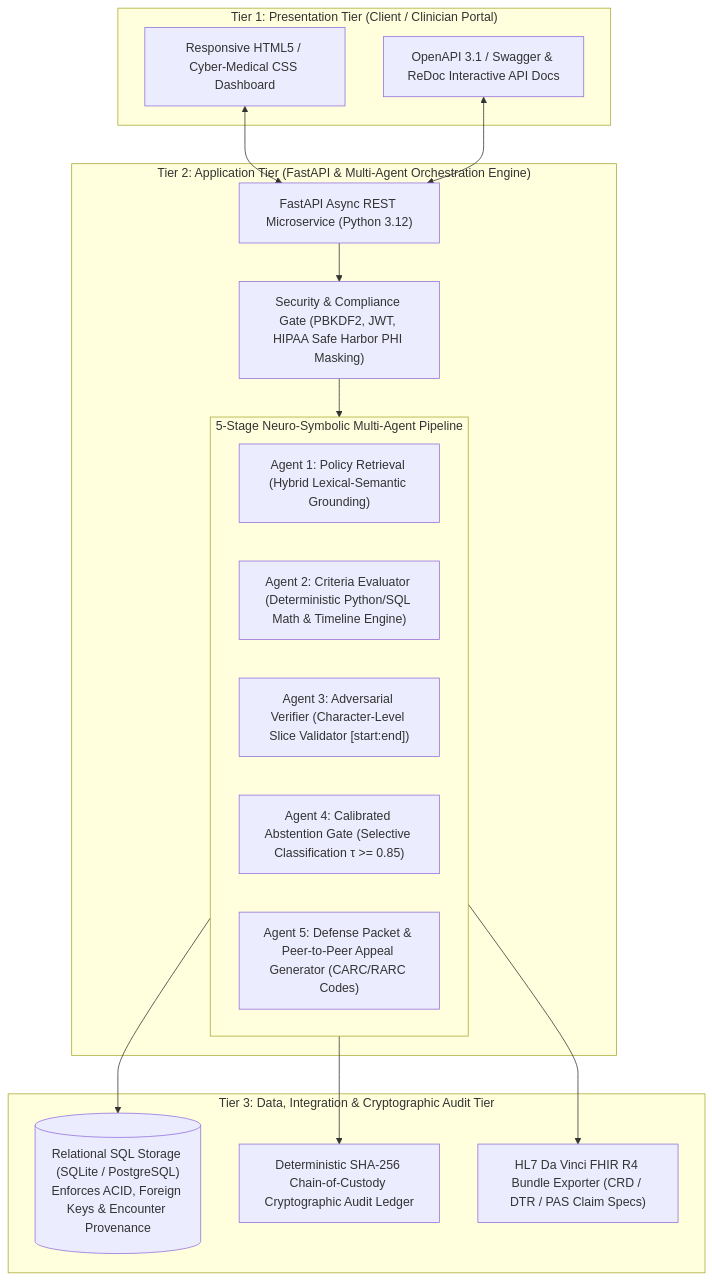
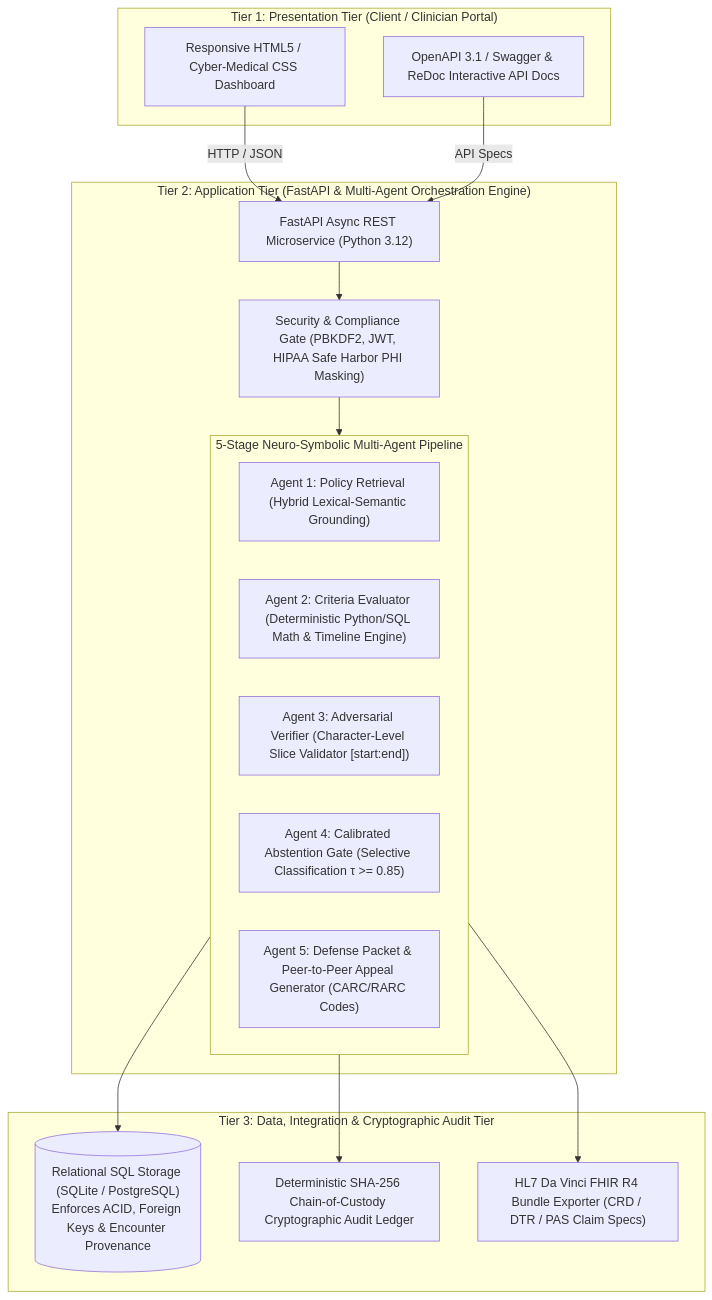
The second of 2 diagrams in README.md (Sumitkc74/CarePolicyGuard), drawn with Mermaid before and after one commit. The commit also changed other lines of this file, not shown here.

Commit message:
fix(docs): resolve GitHub Mermaid parsing error by standardizing labeled arrow syntax (-->|label|)

````diff
--- a/README.md
+++ b/README.md
@@ -208,30 +210,34 @@
 ```mermaid
 flowchart TD
     subgraph Tier1["Tier 1: Presentation Tier (Client / Clinician Portal)"]
         UI["Responsive HTML5 / Cyber-Medical CSS Dashboard"]
         Swagger["OpenAPI 3.1 / Swagger & ReDoc Interactive API Docs"]
     end
 
     subgraph Tier2["Tier 2: Application Tier (FastAPI & Multi-Agent Orchestration Engine)"]
         API["FastAPI Async REST Microservice (Python 3.12)"]
         Sec["Security & Compliance Gate (PBKDF2, JWT, HIPAA Safe Harbor PHI Masking)"]
         
         subgraph Agents["5-Stage Neuro-Symbolic Multi-Agent Pipeline"]
             A1["Agent 1: Policy Retrieval (Hybrid Lexical-Semantic Grounding)"]
             A2["Agent 2: Criteria Evaluator (Deterministic Python/SQL Math & Timeline Engine)"]
             A3["Agent 3: Adversarial Verifier (Character-Level Slice Validator [start:end])"]
             A4["Agent 4: Calibrated Abstention Gate (Selective Classification τ >= 0.85)"]
             A5["Agent 5: Defense Packet & Peer-to-Peer Appeal Generator (CARC/RARC Codes)"]
         end
     end
 
     subgraph Tier3["Tier 3: Data, Integration & Cryptographic Audit Tier"]
         DB[("Relational SQL Storage (SQLite / PostgreSQL)<br/>Enforces ACID, Foreign Keys & Encounter Provenance")]
         Ledger["Deterministic SHA-256 Chain-of-Custody Cryptographic Audit Ledger"]
         FHIR["HL7 Da Vinci FHIR R4 Bundle Exporter (CRD / DTR / PAS Claim Specs)"]
     end
 
-    UI & Swagger <--> API
-    API --> Sec --> Agents
-    Agents --> DB & Ledger & FHIR
+    UI -->|HTTP / JSON| API
+    Swagger -->|API Specs| API
+    API --> Sec
+    Sec --> Agents
+    Agents --> DB
+    Agents --> Ledger
+    Agents --> FHIR
 ```
````
